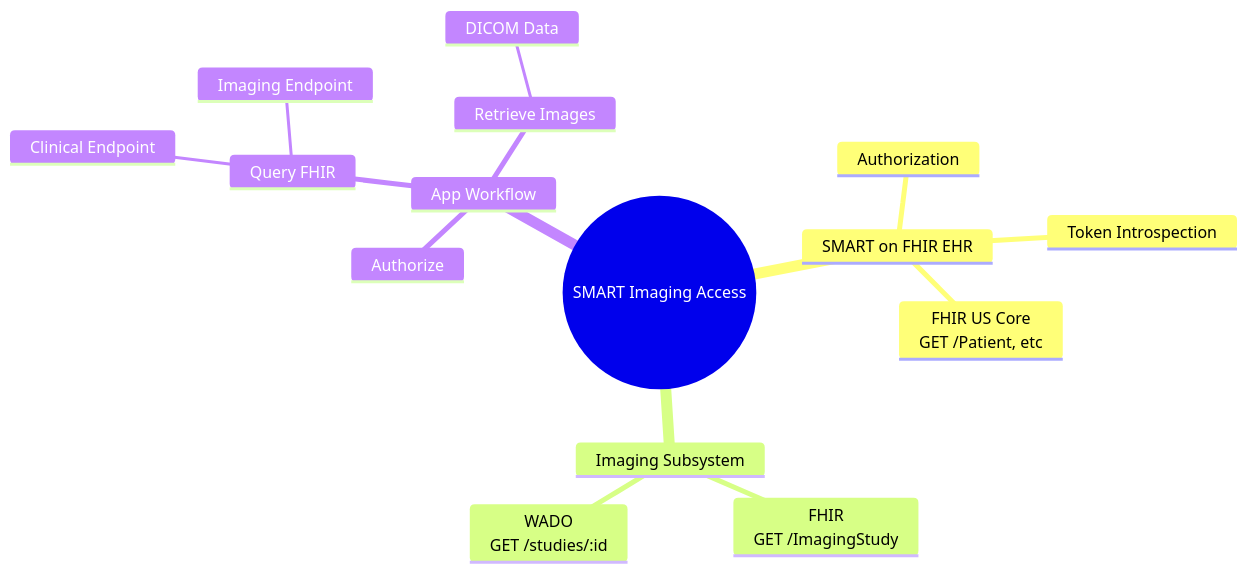
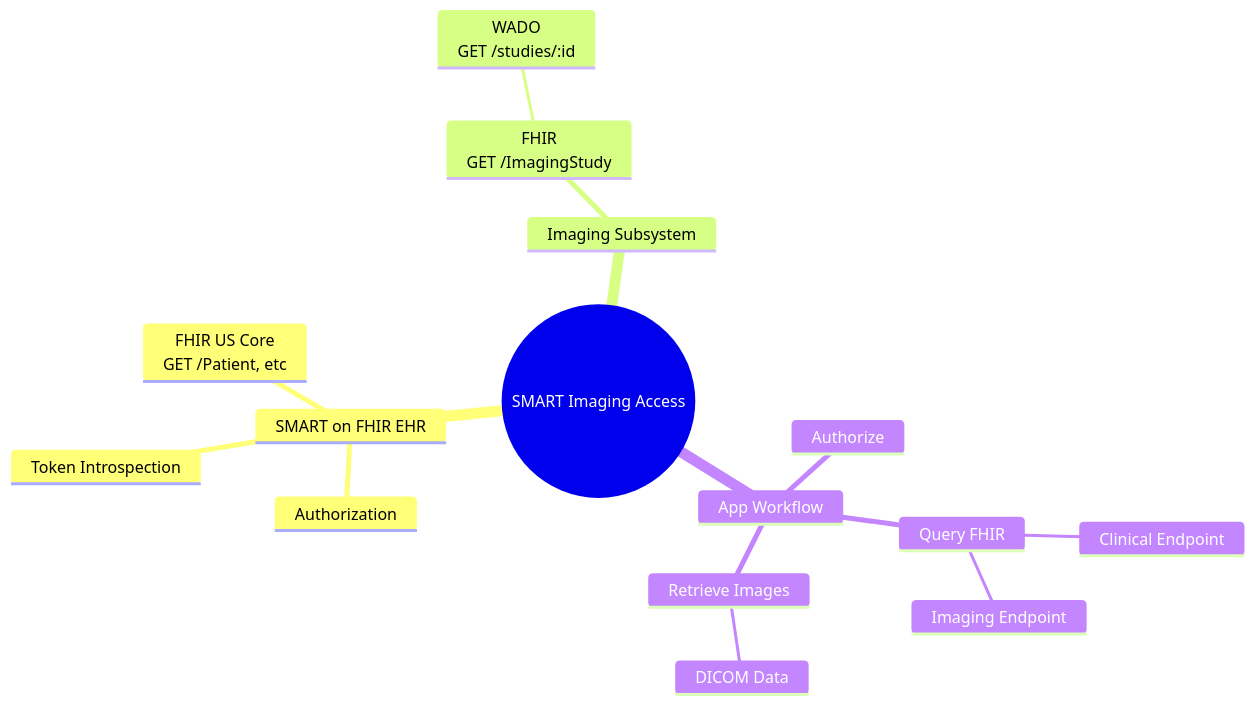
Before and after one commit to jmandel/smart-imaging: the first of 2 diagrams in README.md, drawn with Mermaid.

````diff
--- a/README.md
+++ b/README.md
@@ -9,18 +9,18 @@
 ```mermaid
 mindmap
   root((SMART Imaging Access))
     SMART on FHIR EHR
       Authorization
       Token Introspection
       FHIR US Core<br>GET /Patient, etc
     Imaging Subsystem
       FHIR<br>GET /ImagingStudy
-      WADO<br>GET /studies/:id
+        WADO<br>GET /studies/:id
     App Workflow
       Authorize
       Query FHIR
         Clinical Endpoint
         Imaging Endpoint
       Retrieve Images
         DICOM Data
 ```
````
